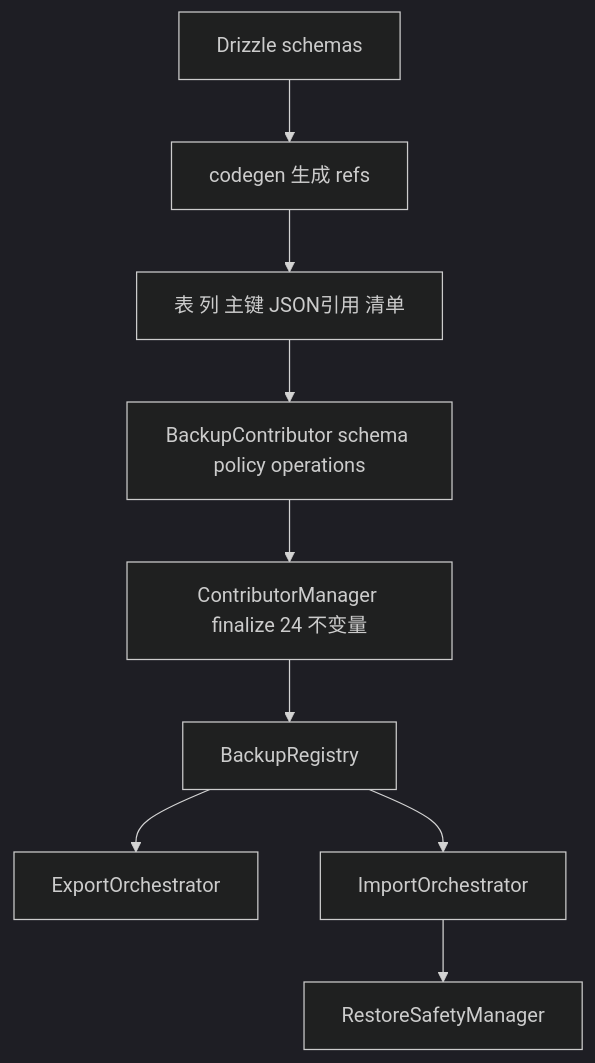
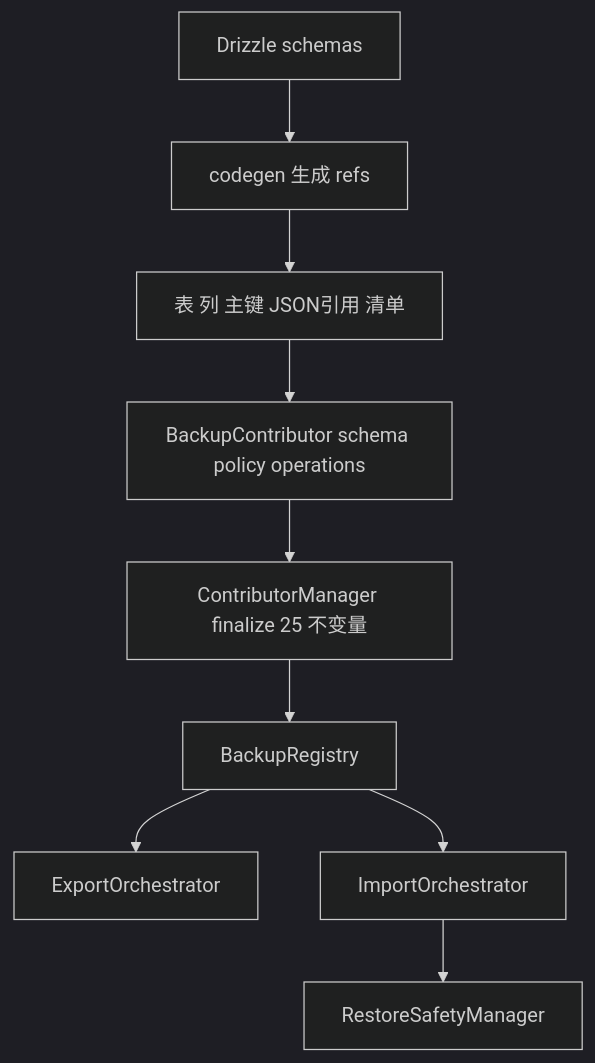
Before and after one commit to CherryHQ/cherry-studio: the second of 5 diagrams in docs/references/backup/backup-architecture.md, drawn with Mermaid (dark theme). The commit also changed other lines of this file, not shown here.

First line of the commit message:
docs(backup): composite pk derivation, finalize invariant #25

````diff
--- a/docs/references/backup/backup-architecture.md
+++ b/docs/references/backup/backup-architecture.md
@@ -97,11 +97,11 @@
 ```mermaid
 flowchart TB
   D[Drizzle schemas] --> CG[codegen 生成 refs]
   CG --> T[表 列 主键 JSON引用 清单]
   T --> BC[BackupContributor schema policy operations]
-  BC --> CM[ContributorManager finalize 24 不变量]
+  BC --> CM[ContributorManager finalize 25 不变量]
   CM --> BR[BackupRegistry]
   BR --> EX[ExportOrchestrator]
   BR --> IM[ImportOrchestrator]
   IM --> RS[RestoreSafetyManager]
 ```
````
